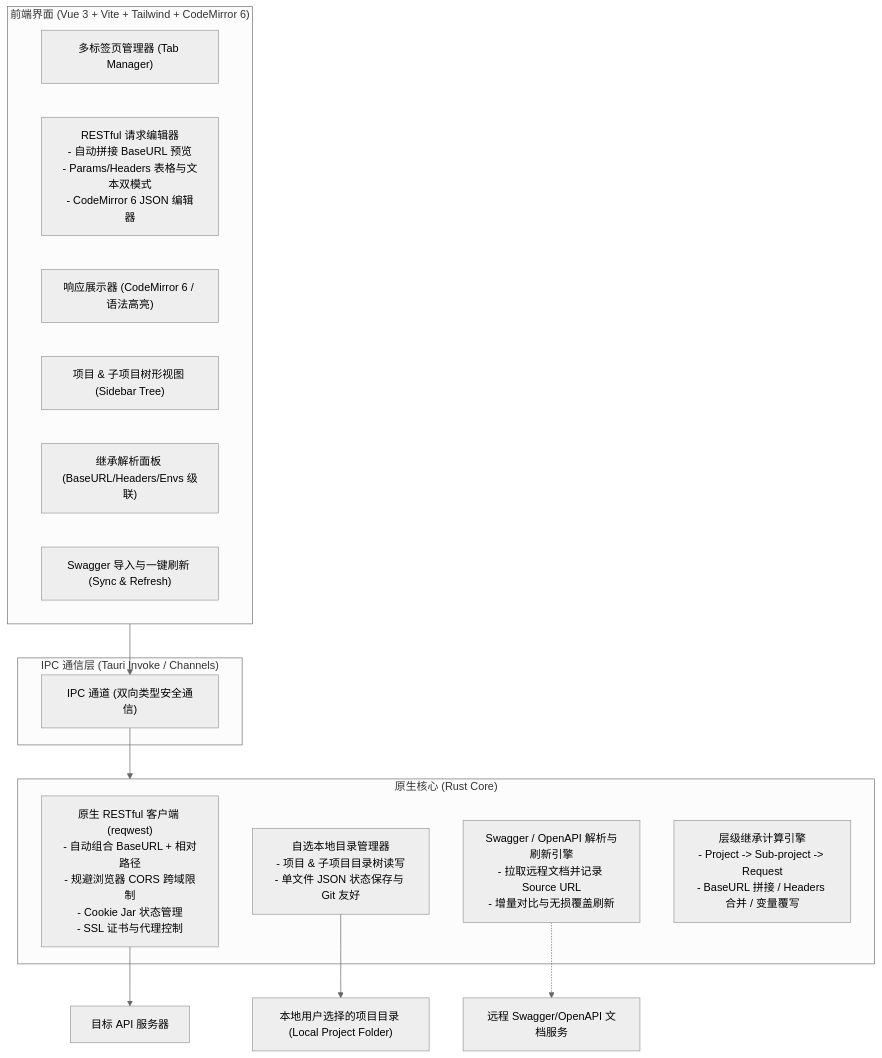
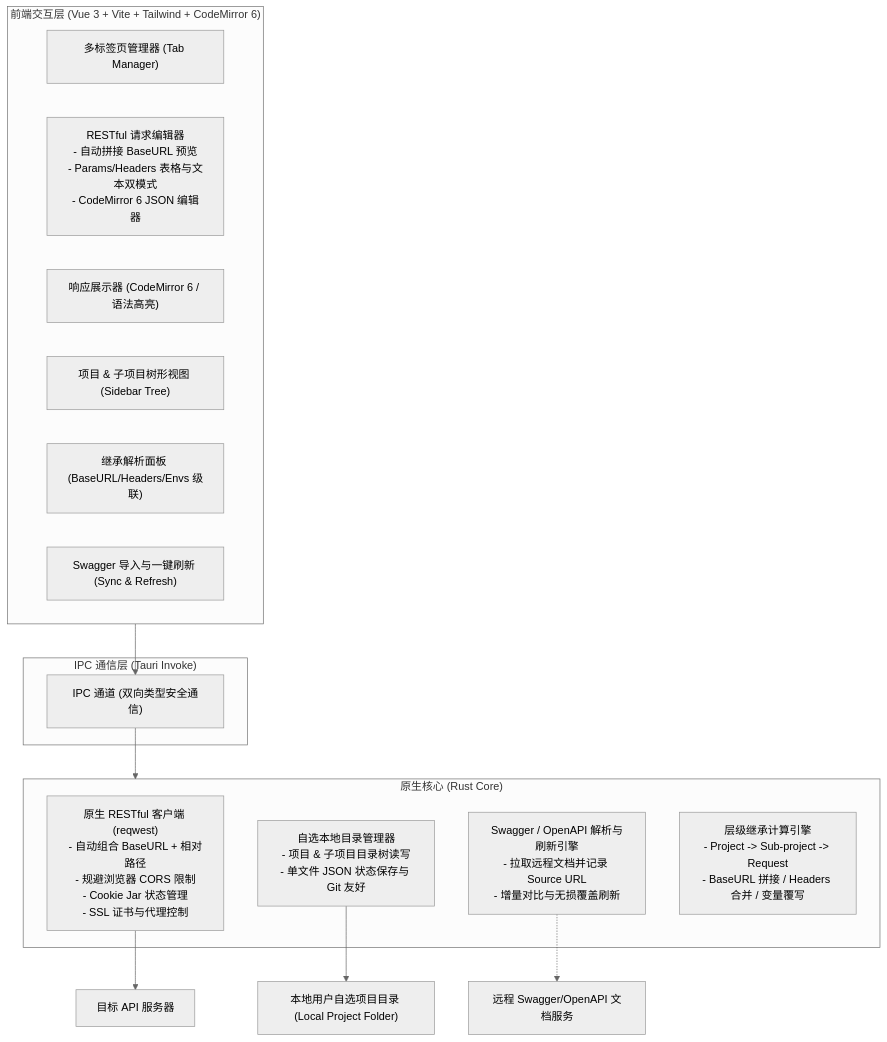
The diagram in README.md (Cloak520/JustAPI), drawn with Mermaid (neutral theme) before and after one commit. The commit also changed other lines of this file and 5 other files, not shown here.

````diff
--- a/README.md
+++ b/README.md
@@ -162,28 +55,28 @@
 ```mermaid
 flowchart TD
-    subgraph UI ["前端界面 (Vue 3 + Vite + Tailwind + CodeMirror 6)"]
+    subgraph UI ["前端交互层 (Vue 3 + Vite + Tailwind + CodeMirror 6)"]
         UI_Tab["多标签页管理器 (Tab Manager)"]
         UI_Builder["RESTful 请求编辑器\n- 自动拼接 BaseURL 预览\n- Params/Headers 表格与文本双模式\n- CodeMirror 6 JSON 编辑器"]
         UI_Viewer["响应展示器 (CodeMirror 6 / 语法高亮)"]
         UI_Sidebar["项目 & 子项目树形视图 (Sidebar Tree)"]
         UI_Inherit["继承解析面板 (BaseURL/Headers/Envs 级联)"]
         UI_Swagger["Swagger 导入与一键刷新 (Sync & Refresh)"]
     end
 
-    subgraph CoreBridge ["IPC 通信层 (Tauri Invoke / Channels)"]
+    subgraph CoreBridge ["IPC 通信层 (Tauri Invoke)"]
         Bridge["IPC 通道 (双向类型安全通信)"]
     end
 
     subgraph NativeCore ["原生核心 (Rust Core)"]
-        HTTPClient["原生 RESTful 客户端 (reqwest)\n- 自动组合 BaseURL + 相对路径\n- 规避浏览器 CORS 跨域限制\n- Cookie Jar 状态管理\n- SSL 证书与代理控制"]
+        HTTPClient["原生 RESTful 客户端 (reqwest)\n- 自动组合 BaseURL + 相对路径\n- 规避浏览器 CORS 限制\n- Cookie Jar 状态管理\n- SSL 证书与代理控制"]
         ProjectStore["自选本地目录管理器\n- 项目 & 子项目目录树读写\n- 单文件 JSON 状态保存与 Git 友好"]
         SwaggerEngine["Swagger / OpenAPI 解析与刷新引擎\n- 拉取远程文档并记录 Source URL\n- 增量对比与无损覆盖刷新"]
         CascadingResolver["层级继承计算引擎\n- Project -> Sub-project -> Request\n- BaseURL 拼接 / Headers 合并 / 变量覆写"]
     end
 
     UI --> Bridge
     Bridge --> NativeCore
     HTTPClient --> TargetServer["目标 API 服务器"]
-    ProjectStore --> LocalDisk["本地用户选择的项目目录 (Local Project Folder)"]
+    ProjectStore --> LocalDisk["本地用户自选项目目录 (Local Project Folder)"]
     SwaggerEngine -.-> RemoteSwagger["远程 Swagger/OpenAPI 文档服务"]
 ```
````
